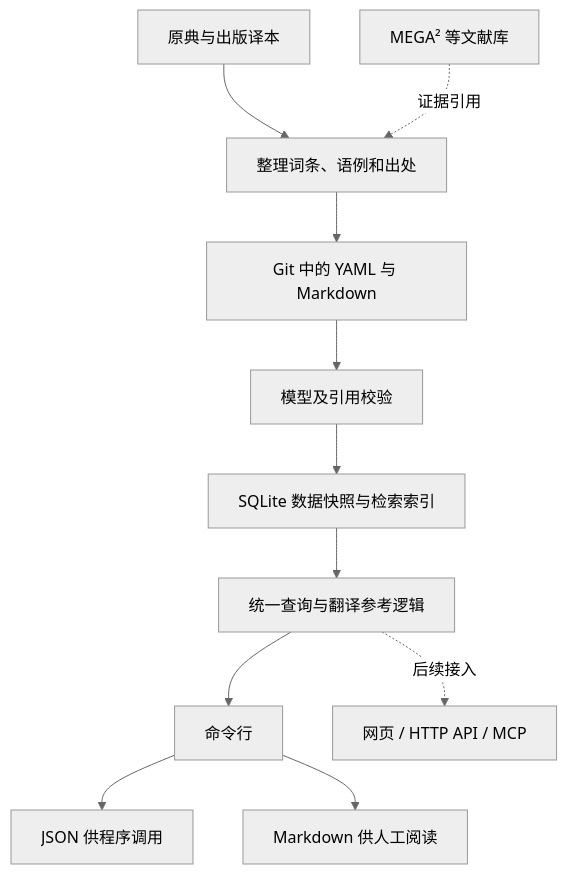
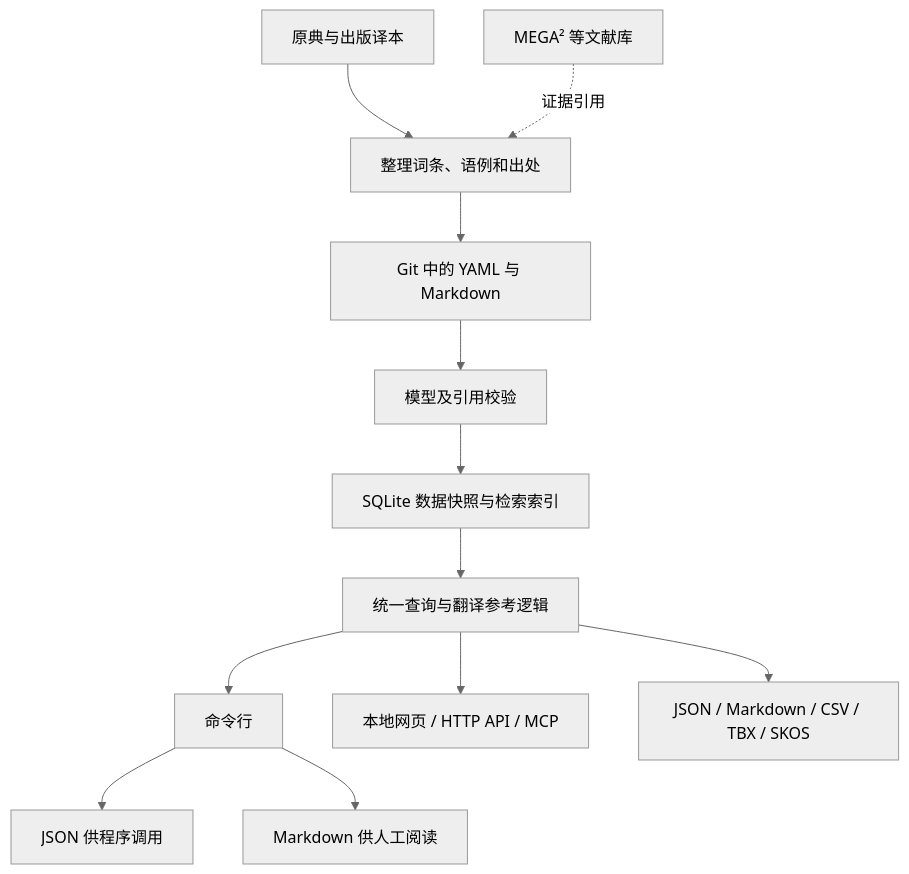
One commit to Blious/marx-lexicon changed the first of 2 diagrams in docs/architecture.md. Above: the diagram before and after it, drawn with Mermaid (neutral theme). The commit also changed other lines of this file and 35 other files, not shown here.

````diff
--- a/docs/architecture.md
+++ b/docs/architecture.md
@@ -11,13 +11,14 @@
 ```mermaid
 flowchart TB
     A[原典与出版译本] --> B[整理词条、语例和出处]
     M[MEGA² 等文献库] -.证据引用.-> B
     B --> C[Git 中的 YAML 与 Markdown]
     C --> V[模型及引用校验]
     V --> D[SQLite 数据快照与检索索引]
     D --> S[统一查询与翻译参考逻辑]
     S --> CLI[命令行]
     CLI --> J[JSON 供程序调用]
     CLI --> H[Markdown 供人工阅读]
-    S -.后续接入.-> W[网页 / HTTP API / MCP]
+    S --> W[本地网页 / HTTP API / MCP]
+    S --> E[JSON / Markdown / CSV / TBX / SKOS]
 ```
````
